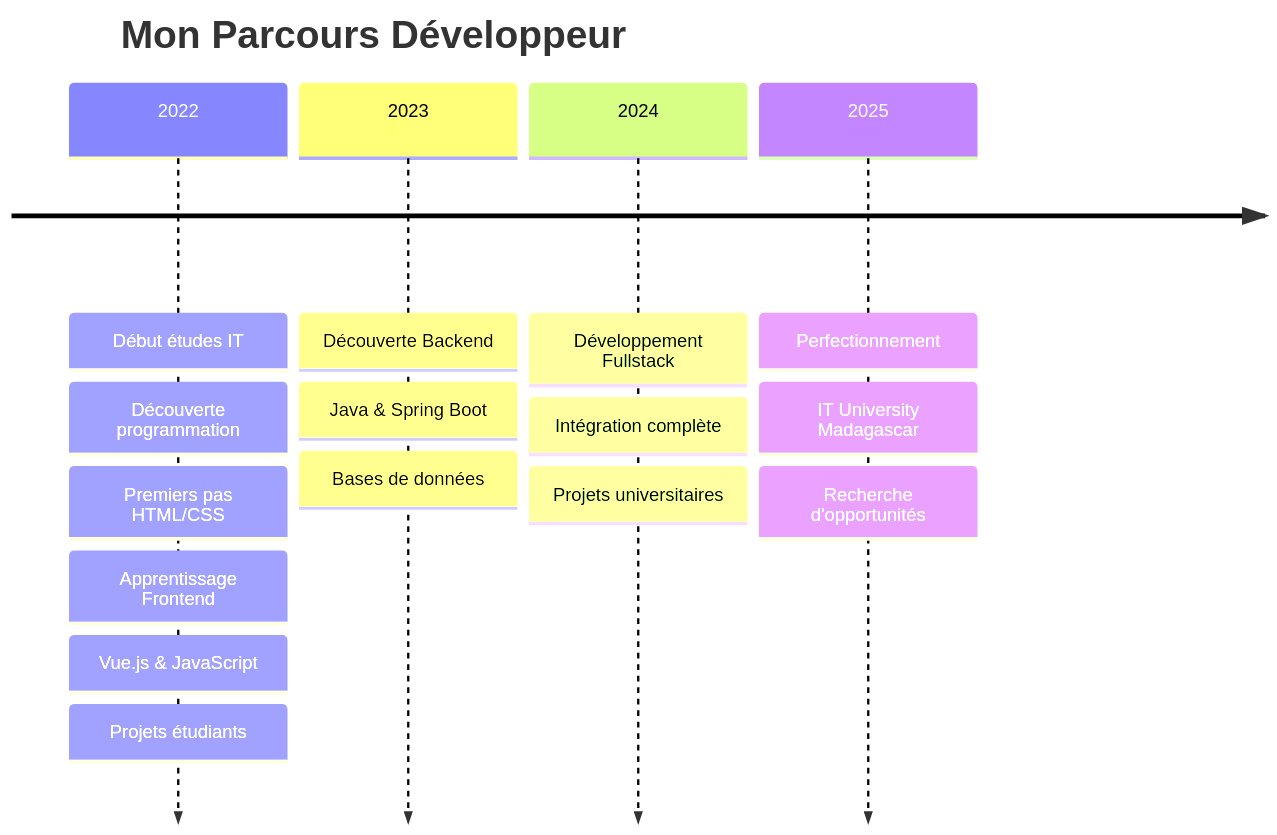
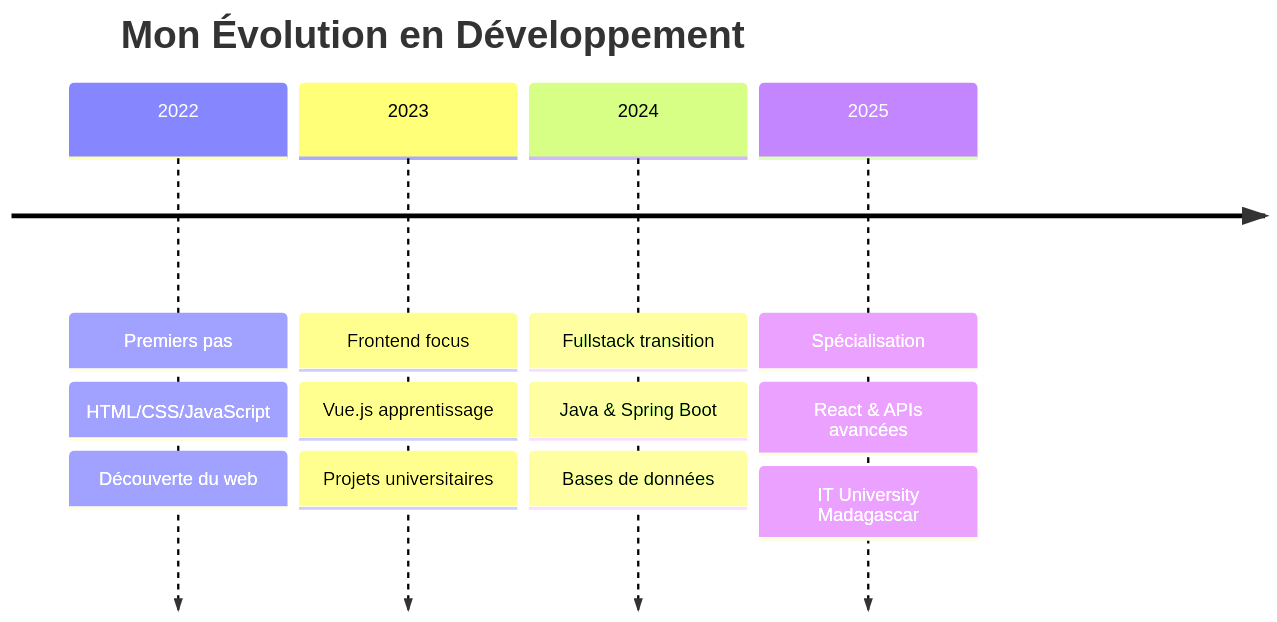
One commit to antsamadagascar/antsamadagascar changed the diagram in README.md. Above: the diagram before and after it, drawn with Mermaid. The commit also changed other lines of this file, not shown here.

````diff
--- a/README.md
+++ b/README.md
@@ -227,22 +162,20 @@
 ```mermaid
 timeline
-    title Mon Parcours Développeur
-    2022 : Début études IT
-         : Découverte programmation
-         : Premiers pas HTML/CSS
-         : Apprentissage Frontend
-         : Vue.js & JavaScript
-         : Projets étudiants
+    title Mon Évolution en Développement
     
-    2023 : Découverte Backend
+    2022 : Premiers pas
+         : HTML/CSS/JavaScript
+         : Découverte du web
+    
+    2023 : Frontend focus
+         : Vue.js apprentissage
+         : Projets universitaires
+    
+    2024 : Fullstack transition
          : Java & Spring Boot
          : Bases de données
     
-    2024 : Développement Fullstack
-         : Intégration complète
-         : Projets universitaires
-    
-    2025 : Perfectionnement
+    2025 : Spécialisation
+         : React & APIs avancées
          : IT University Madagascar
-         : Recherche d'opportunités
 ```
````
